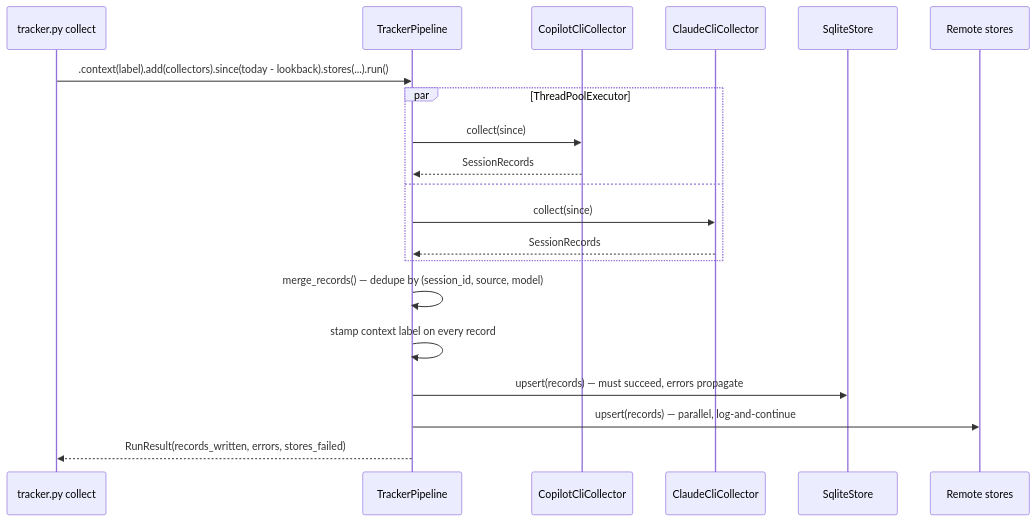
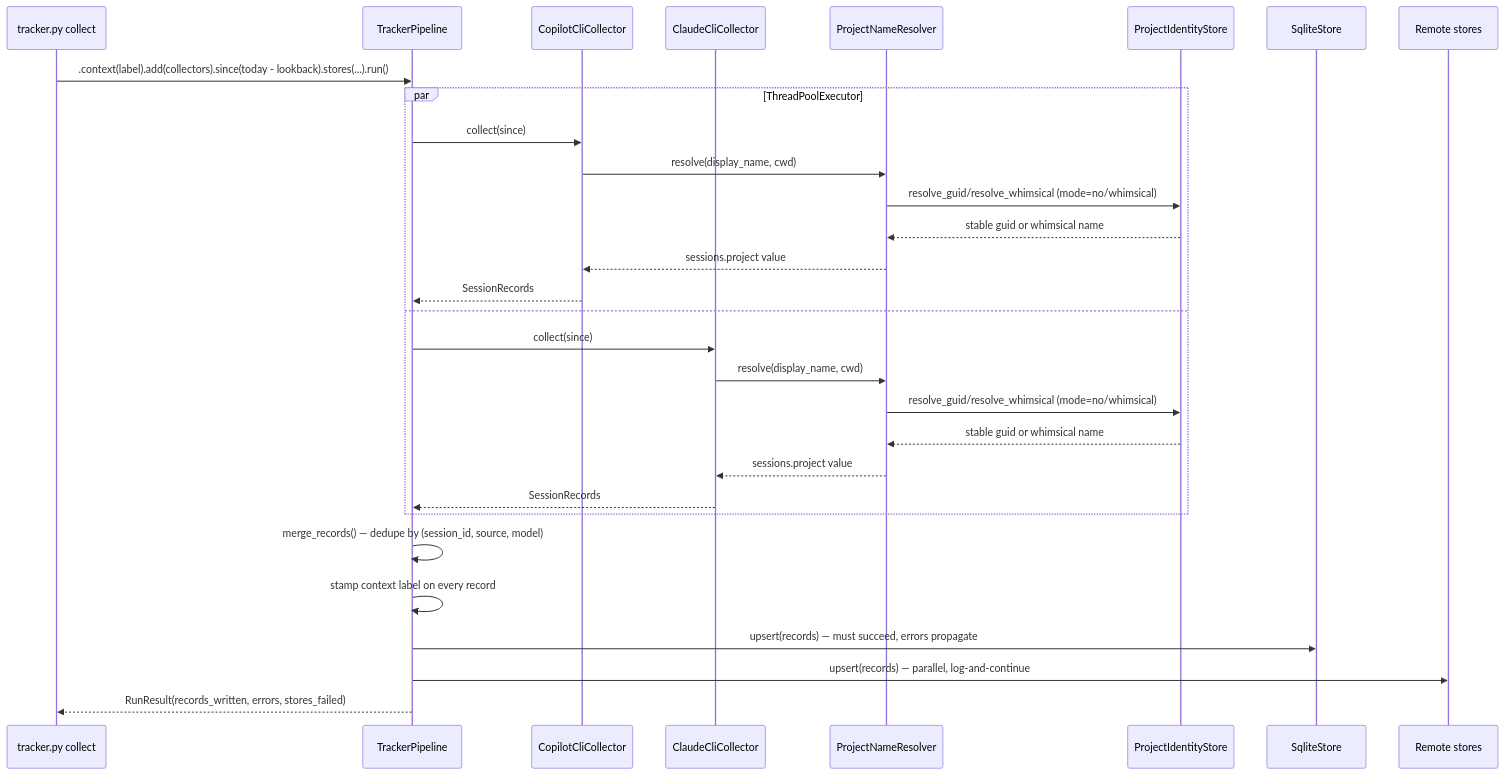
One commit to rbipin/TokenTrace changed the second of 4 diagrams in docs/ARCHITECTURE.md. Above: the diagram before and after it, drawn with Mermaid. The commit also changed other lines of this file and 33 other files, not shown here.

First line of the commit message:
feature: mask project name (#9)

````diff
--- a/docs/ARCHITECTURE.md
+++ b/docs/ARCHITECTURE.md
@@ -60,23 +71,33 @@
 ```mermaid
 sequenceDiagram
     participant CLI as tracker.py collect
     participant P as TrackerPipeline
     participant CC as CopilotCliCollector
     participant CL as ClaudeCliCollector
+    participant PR as ProjectNameResolver
+    participant PI as ProjectIdentityStore
     participant SQ as SqliteStore
     participant RM as Remote stores
 
     CLI->>P: .context(label).add(collectors).since(today - lookback).stores(...).run()
     par ThreadPoolExecutor
         P->>CC: collect(since)
+        CC->>PR: resolve(display_name, cwd)
+        PR->>PI: resolve_guid/resolve_whimsical (mode=no/whimsical)
+        PI-->>PR: stable guid or whimsical name
+        PR-->>CC: sessions.project value
         CC-->>P: SessionRecords
     and
         P->>CL: collect(since)
+        CL->>PR: resolve(display_name, cwd)
+        PR->>PI: resolve_guid/resolve_whimsical (mode=no/whimsical)
+        PI-->>PR: stable guid or whimsical name
+        PR-->>CL: sessions.project value
         CL-->>P: SessionRecords
     end
     P->>P: merge_records() — dedupe by (session_id, source, model)
     P->>P: stamp context label on every record
     P->>SQ: upsert(records)  — must succeed, errors propagate
     P->>RM: upsert(records)  — parallel, log-and-continue
     P-->>CLI: RunResult(records_written, errors, stores_failed)
 ```
````
